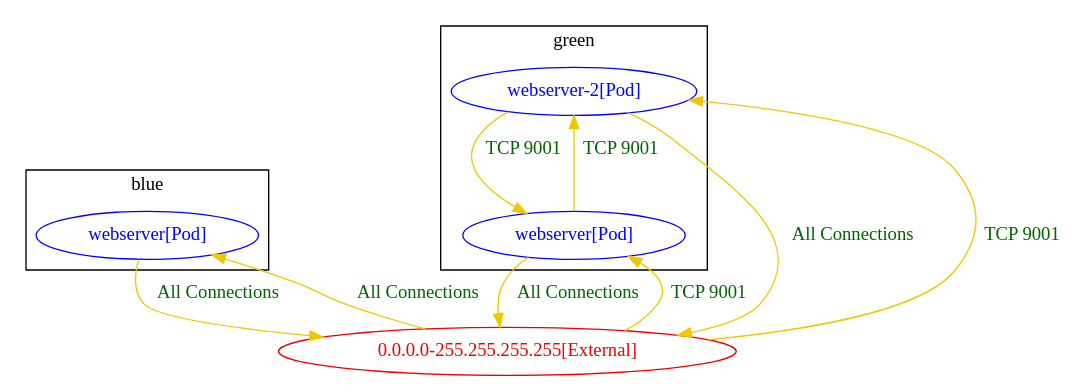
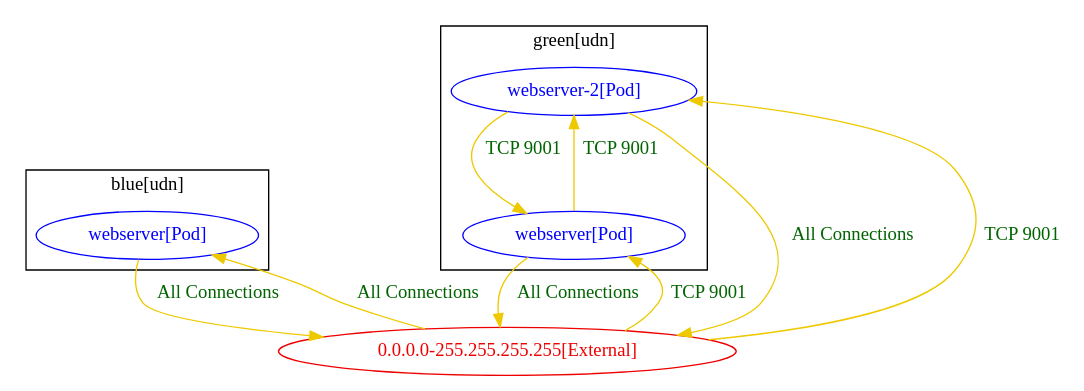
One commit to np-guard/netpol-analyzer changed the diagram in test_outputs/connlist/udn_test_2_connlist_output.dot. Above: the diagram before and after it, drawn with Graphviz. The commit also changed 28 other files, not shown here.

Commit message:
add [udn] label to udn-namespaces in connlist output

```diff
--- a/test_outputs/connlist/udn_test_2_connlist_output.dot
+++ b/test_outputs/connlist/udn_test_2_connlist_output.dot
@@ -1,24 +1,24 @@
 digraph {
-	subgraph "cluster_blue" {
+	subgraph "cluster_blue[udn]" {
 		color="black"
 		fontcolor="black"
-		"blue/webserver[Pod]" [label="webserver[Pod]" color="blue" fontcolor="blue"]
-		label="blue"
+		"blue[udn]/webserver[Pod]" [label="webserver[Pod]" color="blue" fontcolor="blue"]
+		label="blue[udn]"
 	}
-	subgraph "cluster_green" {
+	subgraph "cluster_green[udn]" {
 		color="black"
 		fontcolor="black"
-		"green/webserver-2[Pod]" [label="webserver-2[Pod]" color="blue" fontcolor="blue"]
-		"green/webserver[Pod]" [label="webserver[Pod]" color="blue" fontcolor="blue"]
-		label="green"
+		"green[udn]/webserver-2[Pod]" [label="webserver-2[Pod]" color="blue" fontcolor="blue"]
+		"green[udn]/webserver[Pod]" [label="webserver[Pod]" color="blue" fontcolor="blue"]
+		label="green[udn]"
 	}
 	"0.0.0.0-255.255.255.255[External]" [label="0.0.0.0-255.255.255.255[External]" color="red2" fontcolor="red2"]
-	"0.0.0.0-255.255.255.255[External]" -> "blue/webserver[Pod]" [label="All Connections" color="gold2" fontcolor="darkgreen" weight=0.5]
-	"0.0.0.0-255.255.255.255[External]" -> "green/webserver-2[Pod]" [label="TCP 9001" color="gold2" fontcolor="darkgreen" weight=0.5]
-	"0.0.0.0-255.255.255.255[External]" -> "green/webserver[Pod]" [label="TCP 9001" color="gold2" fontcolor="darkgreen" weight=0.5]
-	"blue/webserver[Pod]" -> "0.0.0.0-255.255.255.255[External]" [label="All Connections" color="gold2" fontcolor="darkgreen" weight=1]
-	"green/webserver-2[Pod]" -> "0.0.0.0-255.255.255.255[External]" [label="All Connections" color="gold2" fontcolor="darkgreen" weight=1]
-	"green/webserver-2[Pod]" -> "green/webserver[Pod]" [label="TCP 9001" color="gold2" fontcolor="darkgreen" weight=0.5]
-	"green/webserver[Pod]" -> "0.0.0.0-255.255.255.255[External]" [label="All Connections" color="gold2" fontcolor="darkgreen" weight=1]
-	"green/webserver[Pod]" -> "green/webserver-2[Pod]" [label="TCP 9001" color="gold2" fontcolor="darkgreen" weight=1]
+	"0.0.0.0-255.255.255.255[External]" -> "blue[udn]/webserver[Pod]" [label="All Connections" color="gold2" fontcolor="darkgreen" weight=0.5]
+	"0.0.0.0-255.255.255.255[External]" -> "green[udn]/webserver-2[Pod]" [label="TCP 9001" color="gold2" fontcolor="darkgreen" weight=0.5]
+	"0.0.0.0-255.255.255.255[External]" -> "green[udn]/webserver[Pod]" [label="TCP 9001" color="gold2" fontcolor="darkgreen" weight=0.5]
+	"blue[udn]/webserver[Pod]" -> "0.0.0.0-255.255.255.255[External]" [label="All Connections" color="gold2" fontcolor="darkgreen" weight=1]
+	"green[udn]/webserver-2[Pod]" -> "0.0.0.0-255.255.255.255[External]" [label="All Connections" color="gold2" fontcolor="darkgreen" weight=1]
+	"green[udn]/webserver-2[Pod]" -> "green[udn]/webserver[Pod]" [label="TCP 9001" color="gold2" fontcolor="darkgreen" weight=0.5]
+	"green[udn]/webserver[Pod]" -> "0.0.0.0-255.255.255.255[External]" [label="All Connections" color="gold2" fontcolor="darkgreen" weight=1]
+	"green[udn]/webserver[Pod]" -> "green[udn]/webserver-2[Pod]" [label="TCP 9001" color="gold2" fontcolor="darkgreen" weight=1]
 }
```
